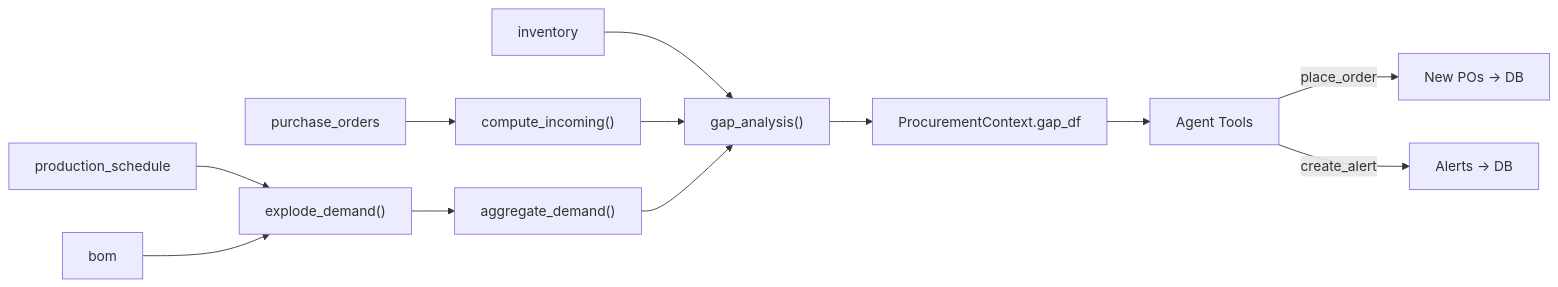
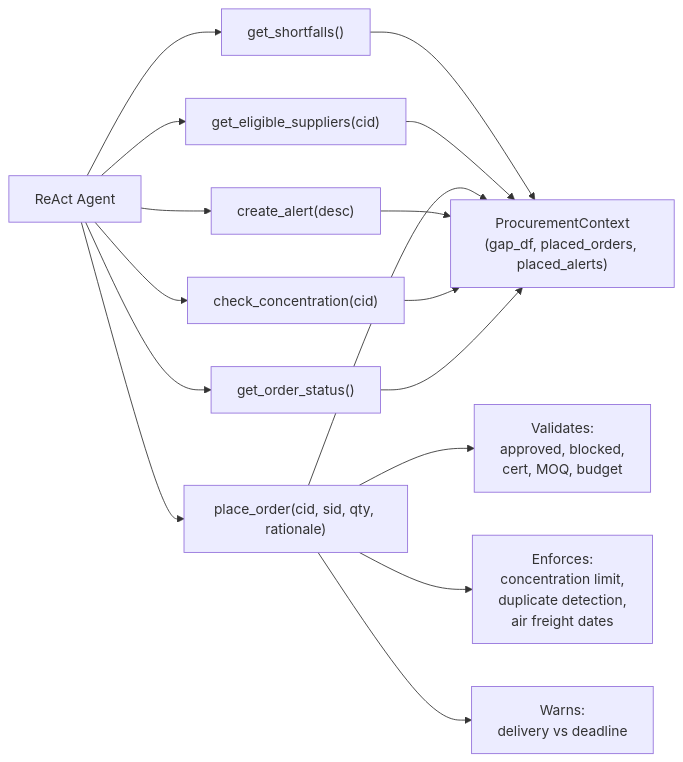
One commit to sgee107/reflection-takehome changed the third of 5 diagrams in research/current-state-2026-04-23.md. Above: the diagram before and after it, drawn with Mermaid. The commit also changed other lines of this file and 39 other files, not shown here.

First line of the commit message:
Implement planner-executor architecture, constraint extraction agent, and enriched tools

````diff
--- a/research/current-state-2026-04-23.md
+++ b/research/current-state-2026-04-23.md
@@ -84,14 +73,22 @@
 ```mermaid
 graph LR
-    PS["production_schedule"] --> Explode["explode_demand()"]
-    BOM["bom"] --> Explode
-    Explode --> Agg["aggregate_demand()"]
-    Inv["inventory"] --> Gap["gap_analysis()"]
-    PO["purchase_orders"] --> Incoming["compute_incoming()"]
-    Incoming --> Gap
-    Agg --> Gap
-    Gap --> AgentCtx["ProcurementContext.gap_df"]
-    AgentCtx --> Tools["Agent Tools"]
-    Tools -->|place_order| NewPOs["New POs → DB"]
-    Tools -->|create_alert| Alerts["Alerts → DB"]
+    Agent["ReAct Agent"]
+
+    Agent --> GS["get_shortfalls()"]
+    Agent --> GE["get_eligible_suppliers(cid)"]
+    Agent --> PO["place_order(cid, sid, qty, rationale)"]
+    Agent --> CA["create_alert(desc)"]
+    Agent --> CC["check_concentration(cid)"]
+    Agent --> OS["get_order_status()"]
+
+    GS --> CTX["ProcurementContext<br/>(gap_df, placed_orders, placed_alerts)"]
+    GE --> CTX
+    PO --> CTX
+    CA --> CTX
+    CC --> CTX
+    OS --> CTX
+
+    PO --> V1["Validates:<br/>approved, blocked,<br/>cert, MOQ, budget"]
+    PO --> V2["Enforces:<br/>concentration limit,<br/>duplicate detection,<br/>air freight dates"]
+    PO --> V3["Warns:<br/>delivery vs deadline"]
 ```
````
